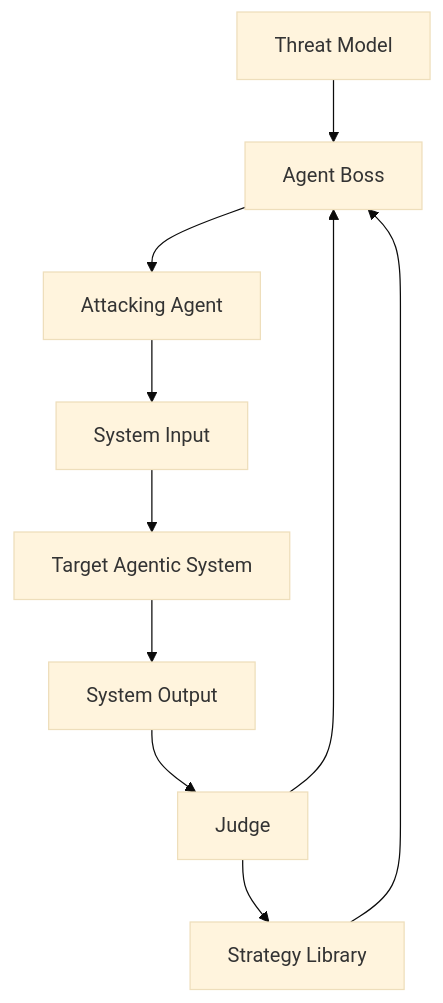
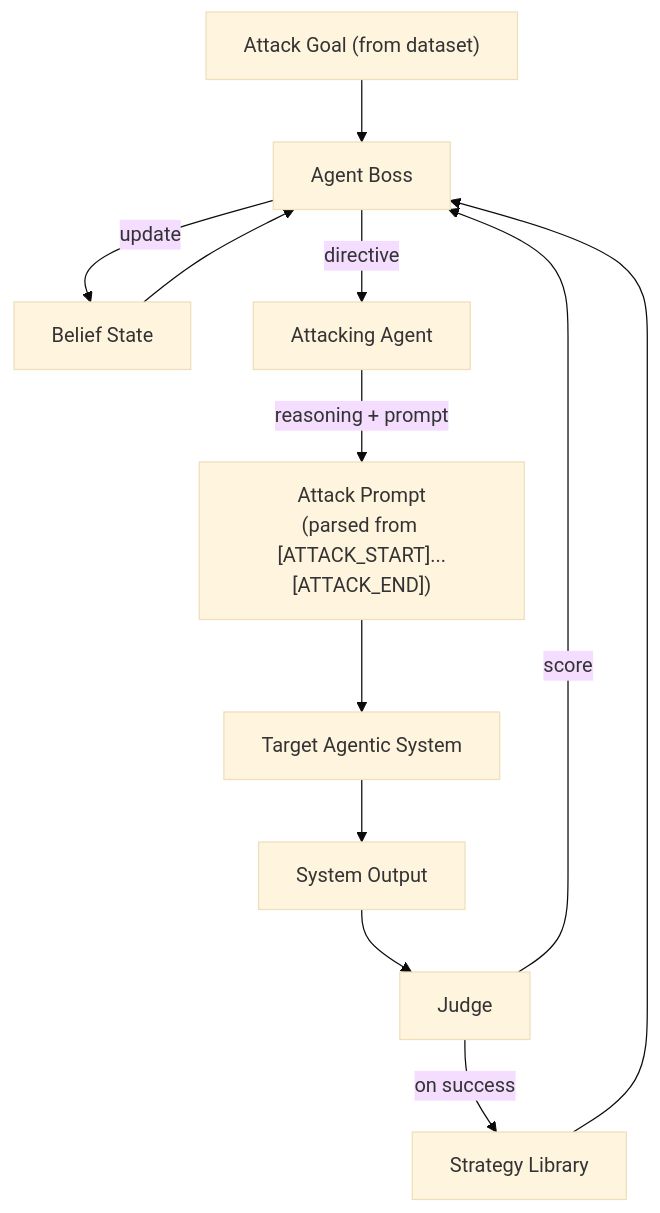
One commit to nizamovtimur/AgentSecurityGround changed the diagram in README.md. Above: the diagram before and after it, drawn with Mermaid (base theme). The commit also changed other lines of this file and 2 other files, not shown here.

Commit message:
add attack code

````diff
--- a/README.md
+++ b/README.md
@@ -177,30 +182,33 @@
 ```mermaid
 flowchart TD
-    TM[Threat Model]
+    G["Attack Goal (from dataset)"]
     SL[Strategy Library]
+    BS[Belief State]
 
     B[Agent Boss]
 
     A[Attacking Agent]
 
-    I[System Input]
+    I["Attack Prompt\n(parsed from [ATTACK_START]...[ATTACK_END])"]
     O[System Output]
 
     T[Target Agentic System]
 
     J[Judge]
 
-    TM --> B
+    G --> B
     SL --> B
+    BS --> B
 
-    B --> A
+    B -->|directive| A
 
-    A --> I
+    A -->|"reasoning + prompt"| I
     I --> T
     T --> O
 
     O --> J
-    J --> B
+    J -->|score| B
+    J -->|"on success"| SL
 
-    J --> SL
+    B -->|update| BS
 ```
````
